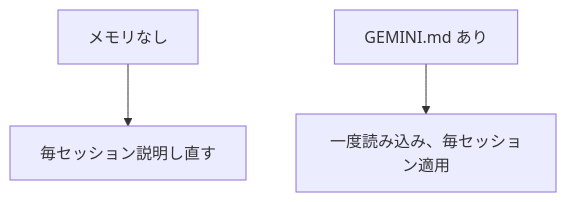
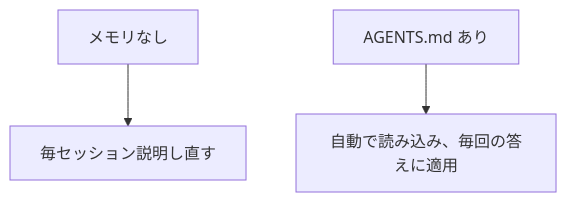
One commit to KakkoiDev/izumo-io changed the diagram in docs/ja/lessons/a05.md. Above: the diagram before and after it, drawn with Mermaid. The commit also changed other lines of this file and 39 other files, not shown here.

````diff
--- a/docs/ja/lessons/a05.md
+++ b/docs/ja/lessons/a05.md
@@ -19,5 +24,5 @@
 ```mermaid
 flowchart TD
     A[メモリなし] --> B[毎セッション説明し直す]
-    C[GEMINI.md あり] --> D[一度読み込み、毎セッション適用]
+    C[AGENTS.md あり] --> D[自動で読み込み、毎回の答えに適用]
 ```
````
